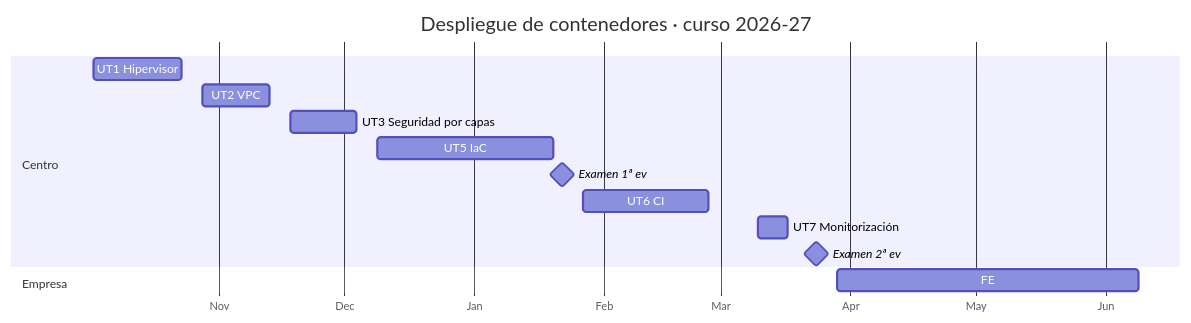
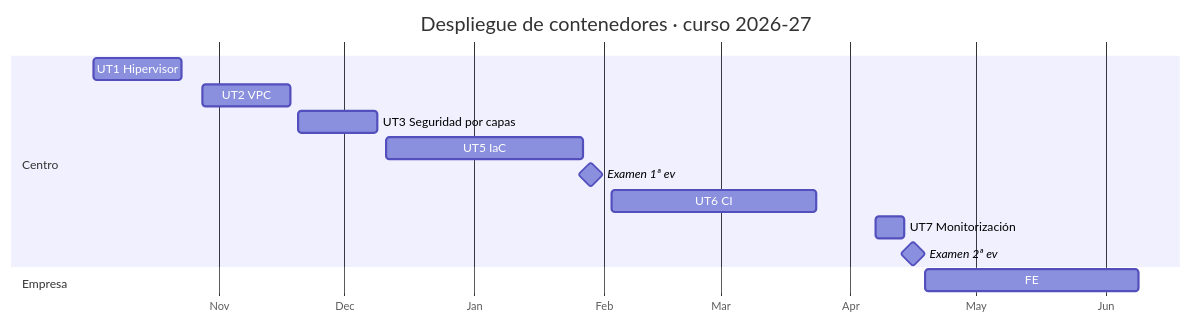
The diagram in docs/calendario.md (victor-educ/apuntes-5166), drawn with Mermaid before and after one commit. The commit also changed other lines of this file and 12 other files, not shown here.

First line of the commit message:
Temporalización definitiva, gramática visual y diagramas en todas las unidades

````diff
--- a/docs/calendario.md
+++ b/docs/calendario.md
@@ -76,17 +80,17 @@
 ```mermaid
 gantt
     title Despliegue de contenedores · curso 2026-27
     dateFormat  YYYY-MM-DD
     axisFormat  %b
     section Centro
     UT1 Hipervisor            :2026-10-02, 2026-10-23
-    UT2 VPC                   :2026-10-28, 2026-11-13
-    UT3 Seguridad por capas   :2026-11-18, 2026-12-04
-    UT5 IaC                   :2026-12-09, 2027-01-20
-    Examen 1ª ev              :milestone, 2027-01-22, 0d
-    UT6 CI                    :2027-01-27, 2027-02-26
-    UT7 Monitorización        :2027-03-10, 2027-03-17
-    Examen 2ª ev              :milestone, 2027-03-24, 0d
+    UT2 VPC                   :2026-10-28, 2026-11-18
+    UT3 Seguridad por capas   :2026-11-20, 2026-12-09
+    UT5 IaC                   :2026-12-11, 2027-01-27
+    Examen 1ª ev              :milestone, 2027-01-29, 0d
+    UT6 CI                    :2027-02-03, 2027-03-24
+    UT7 Monitorización        :2027-04-07, 2027-04-14
+    Examen 2ª ev              :milestone, 2027-04-16, 0d
     section Empresa
-    FE                        :2027-03-29, 2027-06-09
+    FE                        :2027-04-19, 2027-06-09
 ```
````
